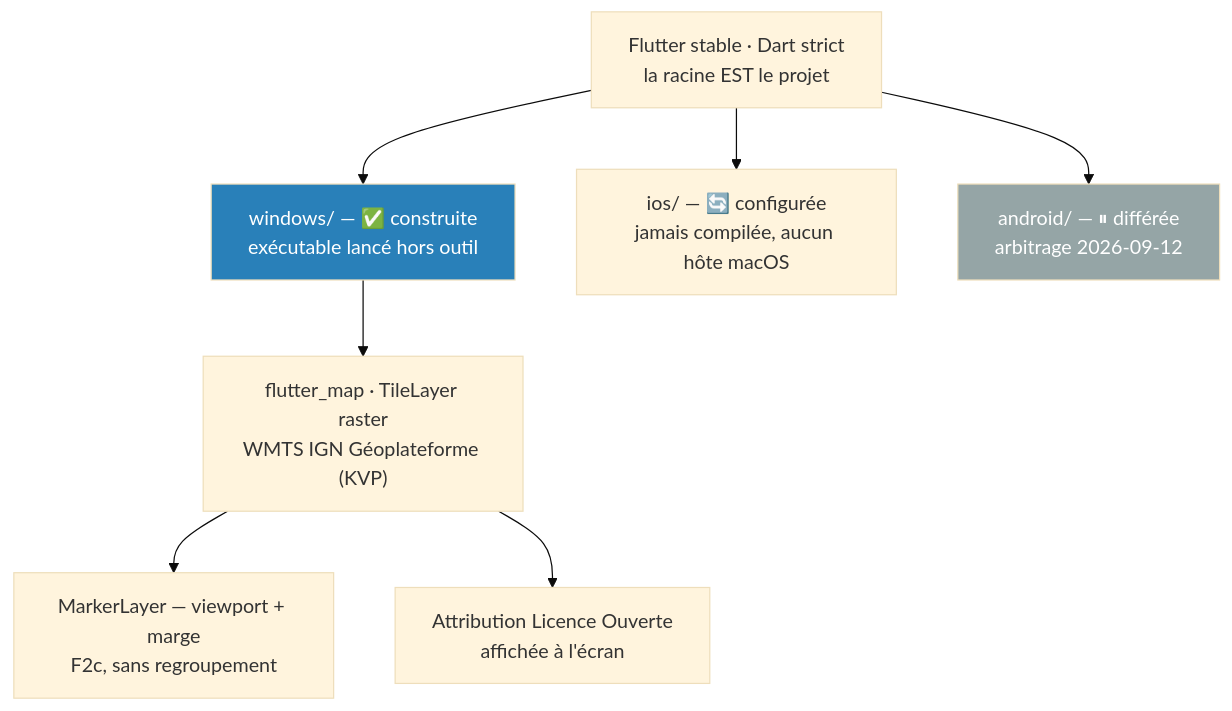
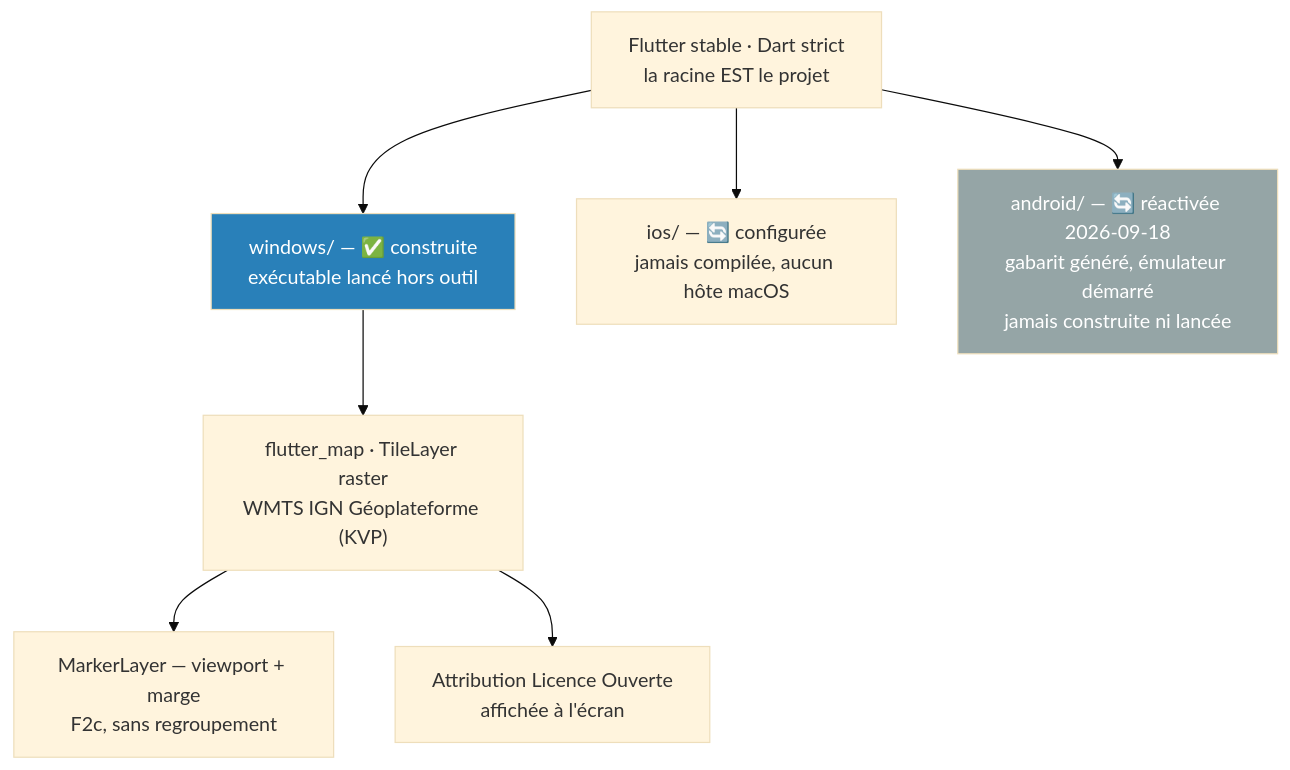
One commit to HubEauContrib/MartinPecheur changed the diagram in docs/adr/ADR-013-bascule-flutter-cible-windows.md. Above: the diagram before and after it, drawn with Mermaid (base theme). The commit also changed other lines of this file and 7 other files, not shown here.

````diff
--- a/docs/adr/ADR-013-bascule-flutter-cible-windows.md
+++ b/docs/adr/ADR-013-bascule-flutter-cible-windows.md
@@ -116,12 +169,12 @@
 ```mermaid
 flowchart TD
     F["Flutter stable · Dart strict<br/>la racine EST le projet"]
     F --> WIN["windows/ — ✅ construite<br/>exécutable lancé hors outil"]
     F --> IOS["ios/ — 🔄 configurée<br/>jamais compilée, aucun hôte macOS"]
-    F --> AND["android/ — ⏸ différée<br/>arbitrage 2026-09-12"]
+    F --> AND["android/ — 🔄 réactivée 2026-09-18<br/>gabarit généré, émulateur démarré<br/>jamais construite ni lancée"]
     WIN --> MAP["flutter_map · TileLayer raster<br/>WMTS IGN Géoplateforme (KVP)"]
     MAP --> MK["MarkerLayer — viewport + marge<br/>F2c, sans regroupement"]
     MAP --> ATT["Attribution Licence Ouverte<br/>affichée à l'écran"]
     style WIN fill:#2980b9,color:#fff
     style AND fill:#95a5a6,color:#fff
 ```
````
